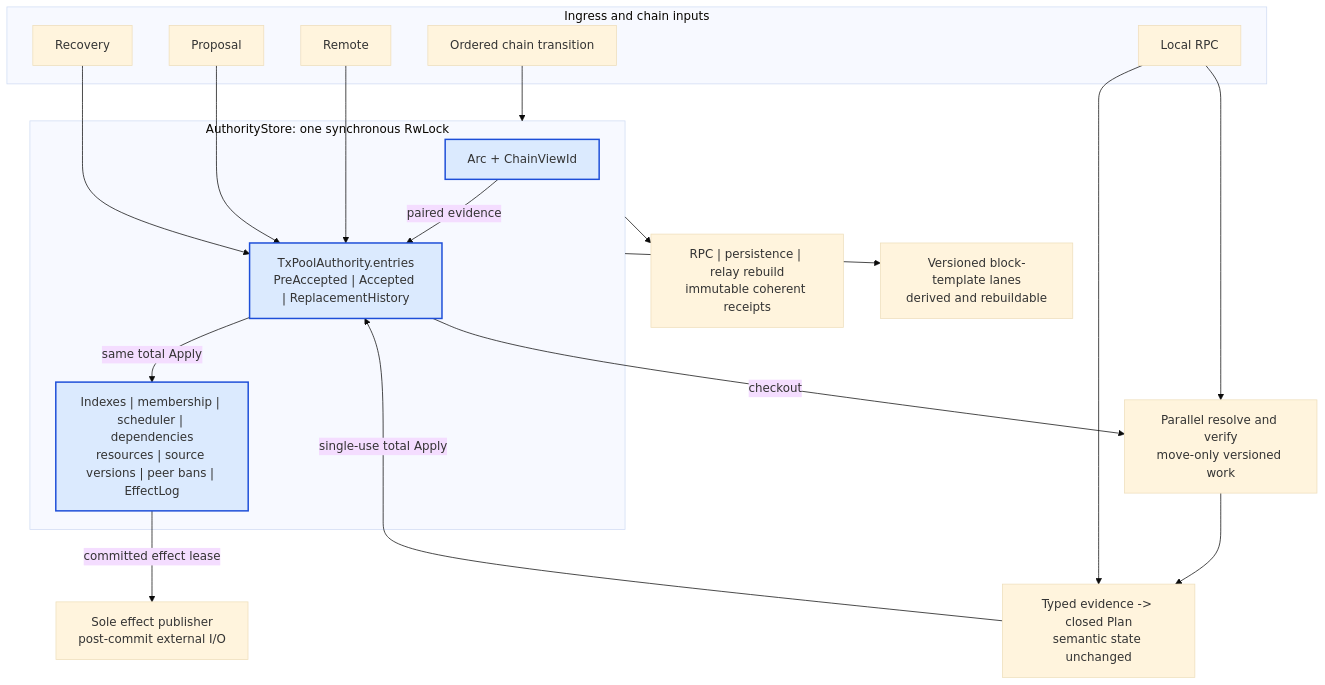
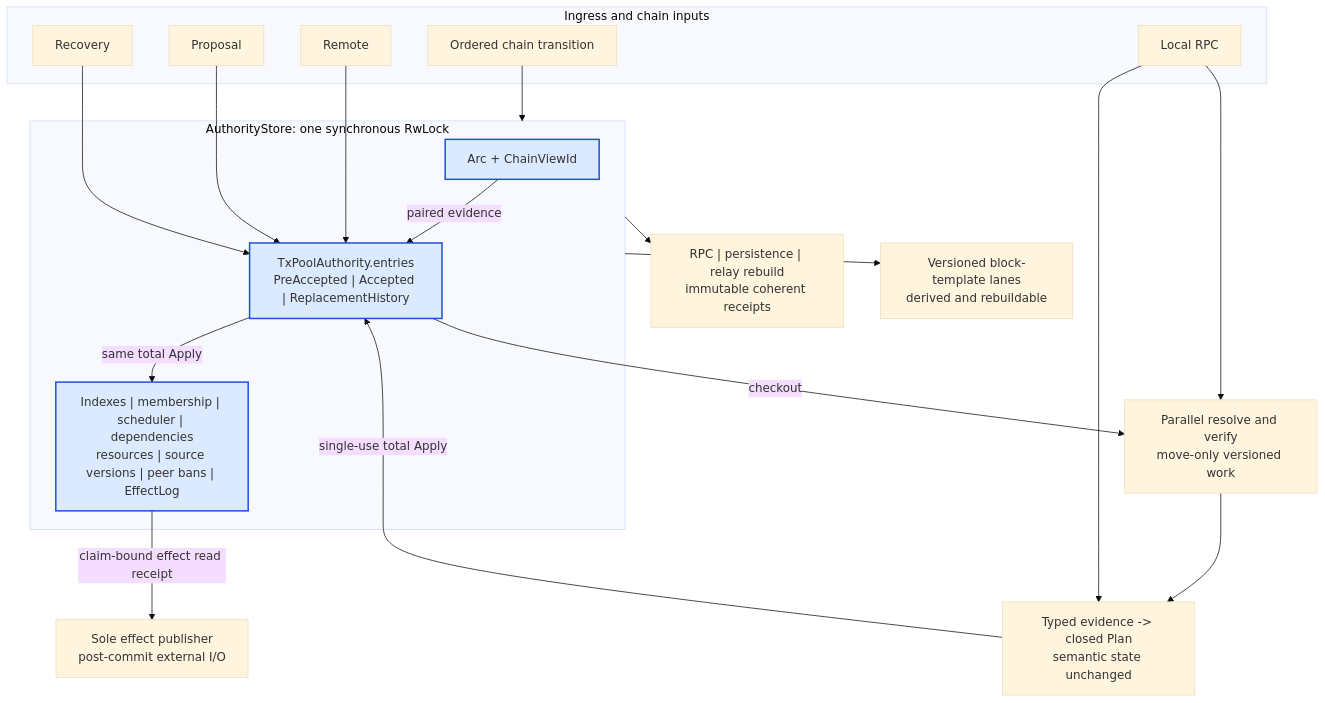
The first of 3 diagrams in tx-pool/docs/ARCHITECTURE.md (nervosnetwork/ckb), drawn with Mermaid (base theme) before and after one commit. The commit also changed other lines of this file and 22 other files, not shown here.

Commit message:
perf(tx-pool): borrow committed effects until settlement

````diff
--- a/tx-pool/docs/ARCHITECTURE.md
+++ b/tx-pool/docs/ARCHITECTURE.md
@@ -35,40 +35,40 @@
 ```mermaid
 flowchart TB
     subgraph Inputs["Ingress and chain inputs"]
         Remote["Remote"]
         Proposal["Proposal"]
         Recovery["Recovery"]
         Local["Local RPC"]
         Chain["Ordered chain transition"]
     end
 
     subgraph Store["AuthorityStore: one synchronous RwLock"]
         Snapshot["Arc<Snapshot> + ChainViewId"]
         Owners["TxPoolAuthority.entries<br/>PreAccepted | Accepted | ReplacementHistory"]
         Derived["Indexes | membership | scheduler | dependencies<br/>resources | source versions | peer bans | EffectLog"]
         Owners -->|"same total Apply"| Derived
         Snapshot -->|"paired evidence"| Owners
     end
 
     Compute["Parallel resolve and verify<br/>move-only versioned work"]
     Plan["Typed evidence -> closed Plan<br/>semantic state unchanged"]
     Effects["Sole effect publisher<br/>post-commit external I/O"]
     Reads["RPC | persistence | relay rebuild<br/>immutable coherent receipts"]
     Template["Versioned block-template lanes<br/>derived and rebuildable"]
 
     Remote --> Owners
     Proposal --> Owners
     Recovery --> Owners
     Local --> Compute
     Chain --> Store
     Owners -->|"checkout"| Compute
     Compute --> Plan
     Local --> Plan
     Plan -->|"single-use total Apply"| Owners
-    Derived -->|"committed effect lease"| Effects
+    Derived -->|"claim-bound effect read receipt"| Effects
     Store --> Reads
     Store --> Template
 
     classDef authority fill:#dbeafe,stroke:#1d4ed8,stroke-width:2px;
     class Owners,Derived,Snapshot authority;
 ```
````
